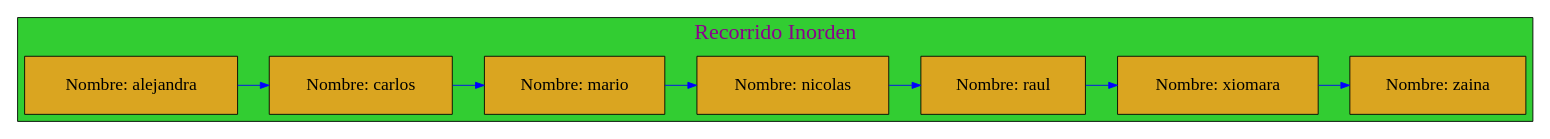
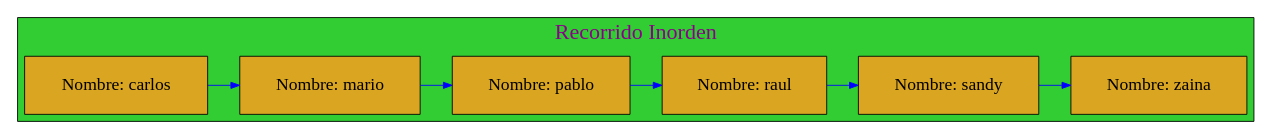
Before and after one commit to mariotun/EDD_1S2020_PY1_201602942: the diagram in Graficas/Recorrido_Inorden.dot, drawn with Graphviz. The commit also changed 16 other files, not shown here.

```diff
--- a/Graficas/Recorrido_Inorden.dot
+++ b/Graficas/Recorrido_Inorden.dot
@@ -1,29 +1,28 @@
 digraph Inorder_Traversal{
 
 graph[ranksep= "0.5",nodesep= "0.5"];subgraph cluster_3{
 
 label="Recorrido Inorden";
 labelloc=t;
 fontcolor=magenta4;
 fontname=algerian;
 fontsize=25;
 style=filled;
 fillcolor=limegreen;
 
 node[margin=0.3 shape=box style=filled fontcolor=black fillcolor=goldenrod fontsize=20];
 {rank=same;
 
-25770344352[label="Nombre: alejandra " ];
-25770344928[label="Nombre: carlos " ];
-25769968848[label="Nombre: mario " ];
-25770344624[label="Nombre: nicolas " ];
-25770345568[label="Nombre: raul " ];
-25770345488[label="Nombre: xiomara " ];
-25770345008[label="Nombre: zaina " ];
+25770476512[label="Nombre: carlos " ];
+25770475776[label="Nombre: mario " ];
+25770476288[label="Nombre: pablo " ];
+25770476992[label="Nombre: raul " ];
+25770475984[label="Nombre: sandy " ];
+25770477200[label="Nombre: zaina " ];
 };
-25770344352 -> 25770344928 -> 25769968848 -> 25770344624 -> 25770345568 -> 25770345488 -> 25770345008 
+25770476512 -> 25770475776 -> 25770476288 -> 25770476992 -> 25770475984 -> 25770477200 
 
 [color=blue ];
 }
 
 }
```
